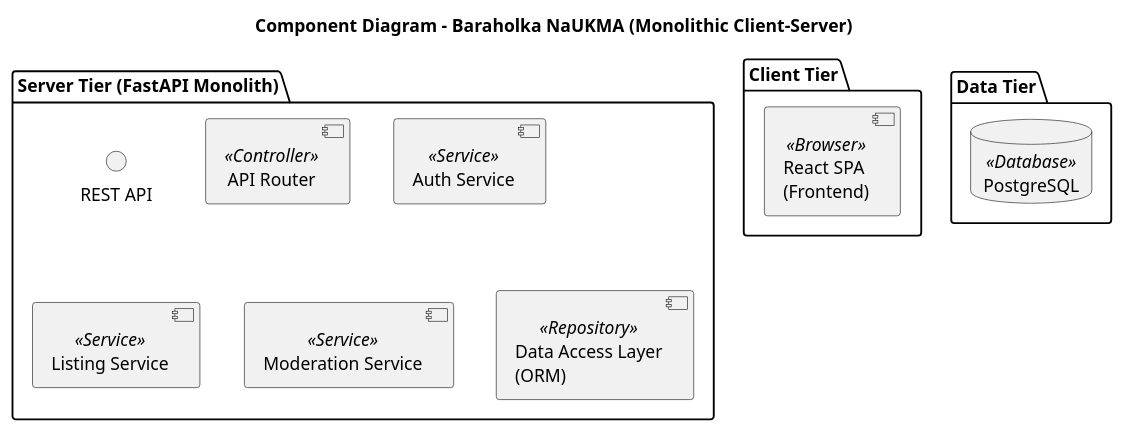
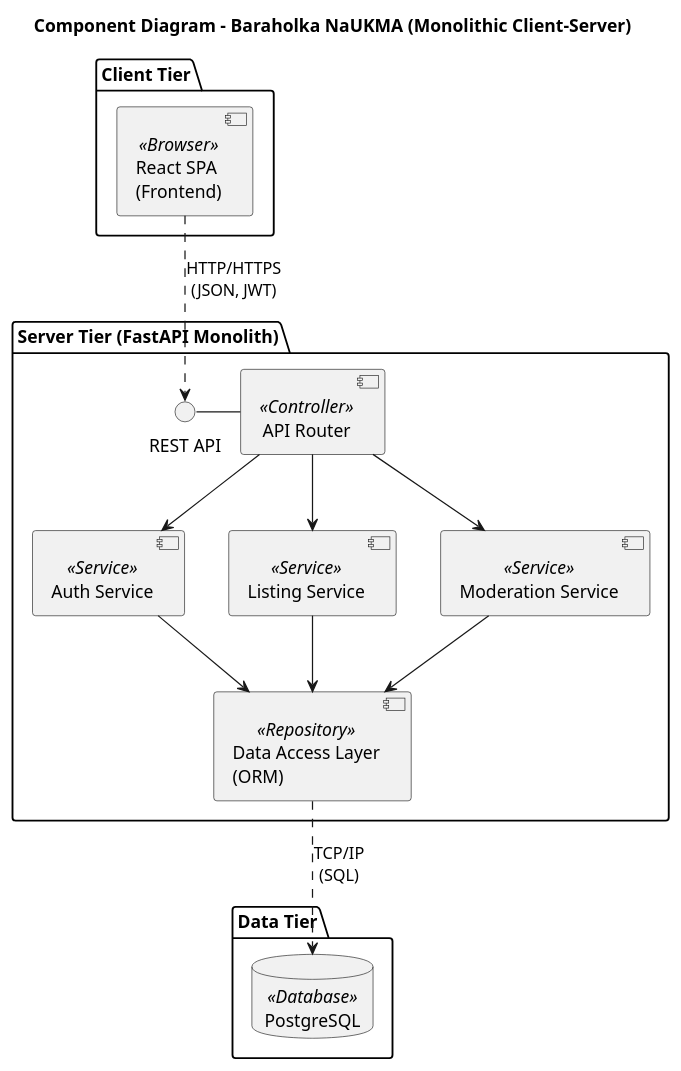
The diagram in docs/architecture/uml/components.puml (ukma-fin-ssdm-2026/Next-Gen), drawn with PlantUML before and after one commit.

Commit message:
docs: wire dependencies and interfaces in component diagram

```diff
--- a/docs/architecture/uml/components.puml
+++ b/docs/architecture/uml/components.puml
@@ -1,25 +1,40 @@
 @startuml
 skinparam componentStyle uml2
 
 title Component Diagram - Baraholka NaUKMA (Monolithic Client-Server)
 
 package "Client Tier" {
     component "React SPA\n(Frontend)" as SPA <<Browser>>
 }
 
 package "Server Tier (FastAPI Monolith)" {
     interface "REST API" as RestAPI
     
     component "API Router" as Router <<Controller>>
     
     component "Auth Service" as AuthService <<Service>>
     component "Listing Service" as ListingService <<Service>>
     component "Moderation Service" as ModerationService <<Service>>
     
     component "Data Access Layer\n(ORM)" as DAL <<Repository>>
 }
 
 package "Data Tier" {
     database "PostgreSQL" as DB <<Database>>
 }
+
+' Connections
+SPA ..> RestAPI : "HTTP/HTTPS\n(JSON, JWT)"
+RestAPI - Router
+
+Router --> AuthService
+Router --> ListingService
+Router --> ModerationService
+
+AuthService --> DAL
+ListingService --> DAL
+ModerationService --> DAL
+
+DAL ..> DB : "TCP/IP\n(SQL)"
+
 @enduml
```
